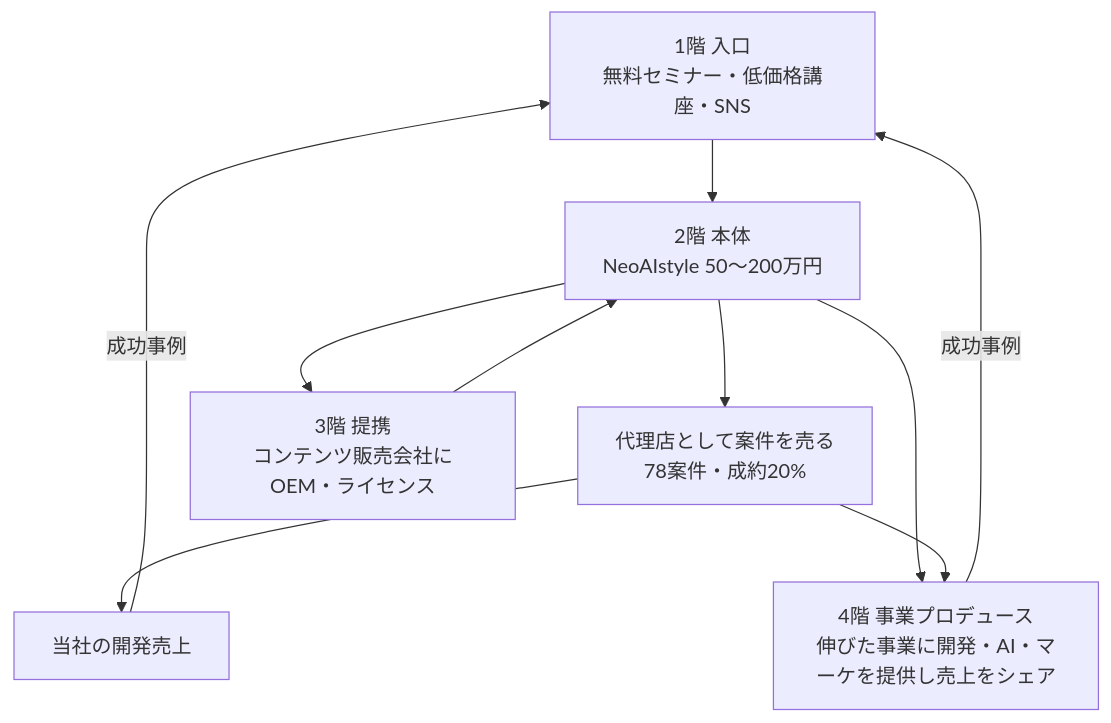
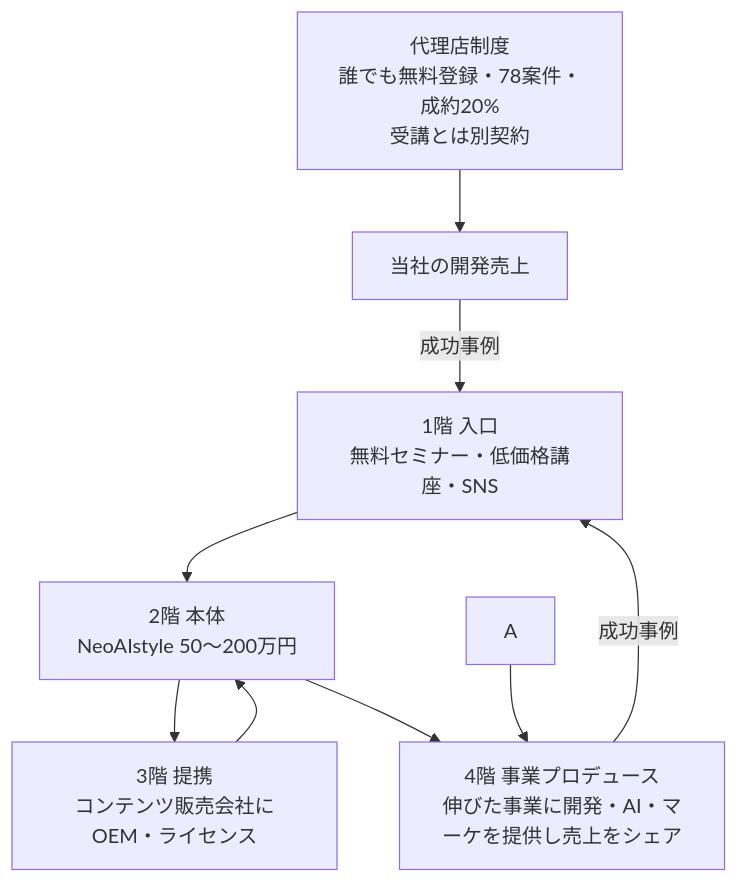
The diagram in business/NeoAIstyle_事業設計.md (masakijima27-tech/masa-ai-company), drawn with Mermaid before and after one commit. The commit also changed other lines of this file, not shown here.

````diff
--- a/business/NeoAIstyle_事業設計.md
+++ b/business/NeoAIstyle_事業設計.md
@@ -12,12 +13,11 @@
 ```mermaid
 flowchart TB
   F[1階 入口<br>無料セミナー・低価格講座・SNS] --> P[2階 本体<br>NeoAIstyle 50〜200万円]
-  P --> A[代理店として案件を売る<br>78案件・成約20%]
-  A --> D[当社の開発売上]
+  R[代理店制度<br>誰でも無料登録・78案件・成約20%<br>受講とは別契約] --> D[当社の開発売上]
   P --> X[3階 提携<br>コンテンツ販売会社にOEM・ライセンス]
   X --> P
   P --> J[4階 事業プロデュース<br>伸びた事業に開発・AI・マーケを提供し売上をシェア]
   A --> J
   J -->|成功事例| F
   D -->|成功事例| F
 ```
````
